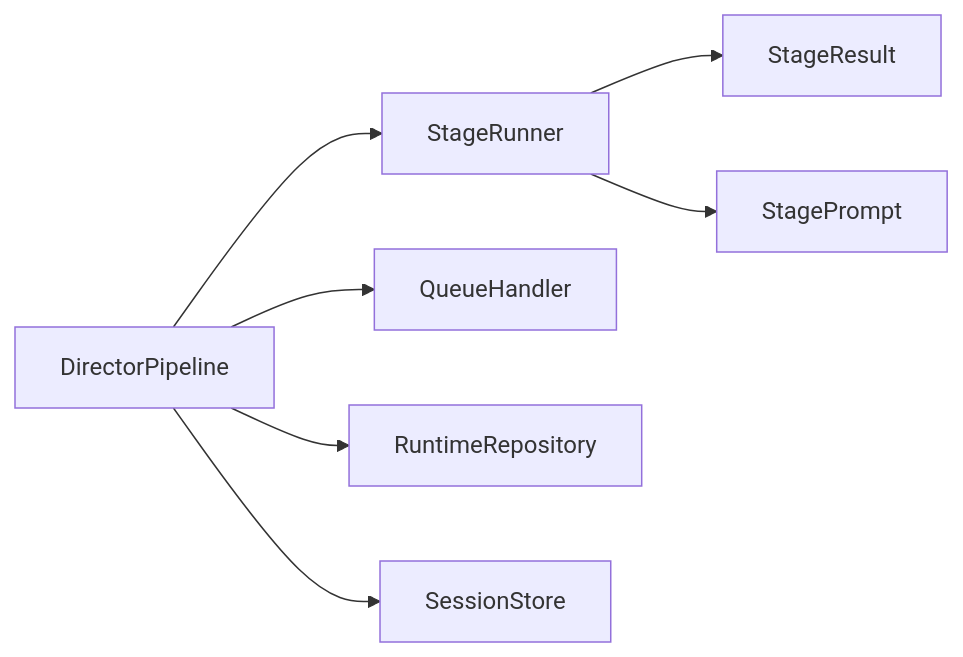
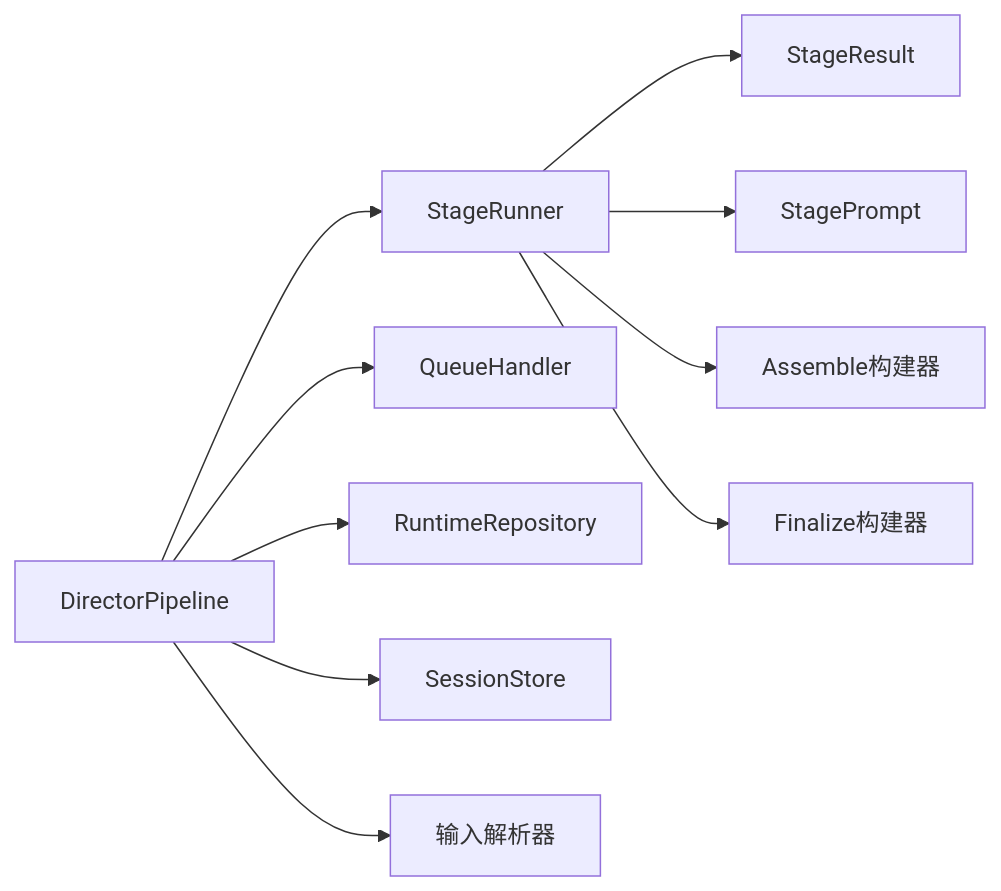
Diagram 11 of 11 in .qoder/repowiki/zh/content/核心功能模块/导演系统/工作流编排引擎.md (AIMFllyYS/code-video-canvas), drawn with Mermaid before and after one commit. The commit also changed other lines of this file and 20 other files, not shown here.

````diff
--- a/.qoder/repowiki/zh/content/核心功能模块/导演系统/工作流编排引擎.md
+++ b/.qoder/repowiki/zh/content/核心功能模块/导演系统/工作流编排引擎.md
@@ -351,9 +408,12 @@
 ```mermaid
 graph LR
 Pipeline["DirectorPipeline"] --> Runner["StageRunner"]
 Pipeline --> Queue["QueueHandler"]
 Pipeline --> Repo["RuntimeRepository"]
 Pipeline --> Store["SessionStore"]
+Pipeline --> InputResolver["输入解析器"]
 Runner --> Result["StageResult"]
 Runner --> Prompt["StagePrompt"]
+Runner --> Assembler["Assemble构建器"]
+Runner --> Finalizer["Finalize构建器"]
 ```
````
